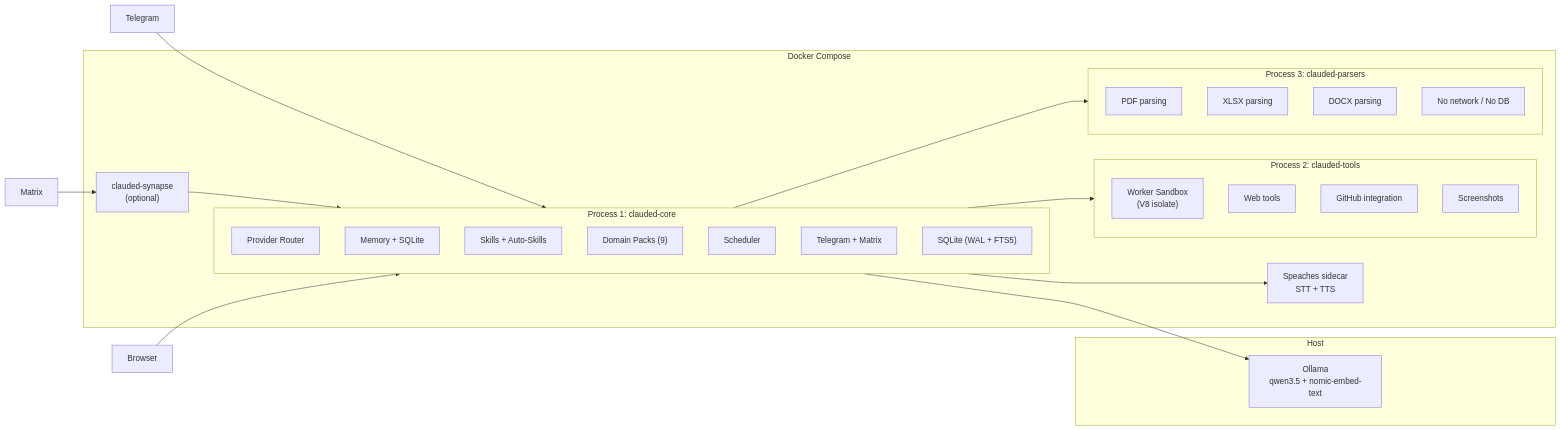
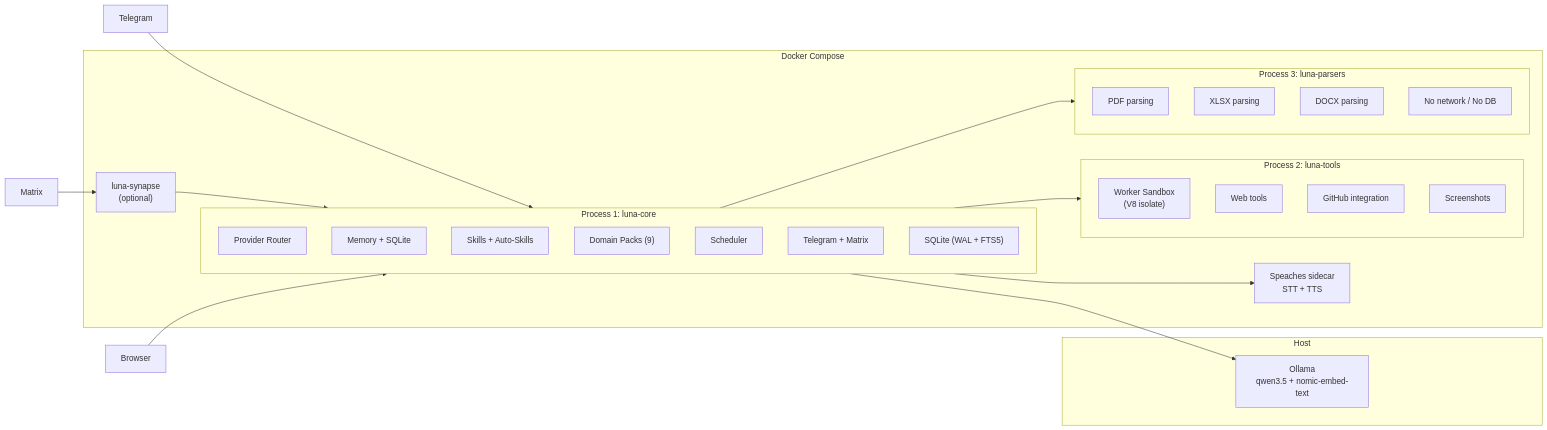
One commit to ccmanuelf/superprompt changed the diagram in README.md. Above: the diagram before and after it, drawn with Mermaid. The commit also changed other lines of this file and 158 other files, not shown here.

````diff
--- a/README.md
+++ b/README.md
@@ -130,43 +130,43 @@
 ```mermaid
 graph LR
     subgraph Host
         Ollama["Ollama<br/>qwen3.5 + nomic-embed-text"]
     end
 
     subgraph Docker["Docker Compose"]
-        subgraph Core["Process 1: clauded-core"]
+        subgraph Core["Process 1: luna-core"]
             Router["Provider Router"]
             Memory["Memory + SQLite"]
             Skills["Skills + Auto-Skills"]
             Packs["Domain Packs (9)"]
             Scheduler["Scheduler"]
             Platforms["Telegram + Matrix"]
             DB["SQLite (WAL + FTS5)"]
         end
 
-        subgraph Tools["Process 2: clauded-tools"]
+        subgraph Tools["Process 2: luna-tools"]
             Worker["Worker Sandbox<br/>(V8 isolate)"]
             WebTools["Web tools"]
             GitHub["GitHub integration"]
             Screenshots["Screenshots"]
         end
 
-        subgraph Parsers["Process 3: clauded-parsers"]
+        subgraph Parsers["Process 3: luna-parsers"]
             PDF["PDF parsing"]
             XLSX["XLSX parsing"]
             DOCX["DOCX parsing"]
             NoNet["No network / No DB"]
         end
 
         Voice["Speaches sidecar<br/>STT + TTS"]
-        Matrix["clauded-synapse<br/>(optional)"]
+        Matrix["luna-synapse<br/>(optional)"]
     end
 
     TG["Telegram"] --> Core
     MX["Matrix"] --> Matrix --> Core
     BR["Browser"] --> Core
     Core --> Tools
     Core --> Parsers
     Core --> Ollama
     Core --> Voice
 ```
````
